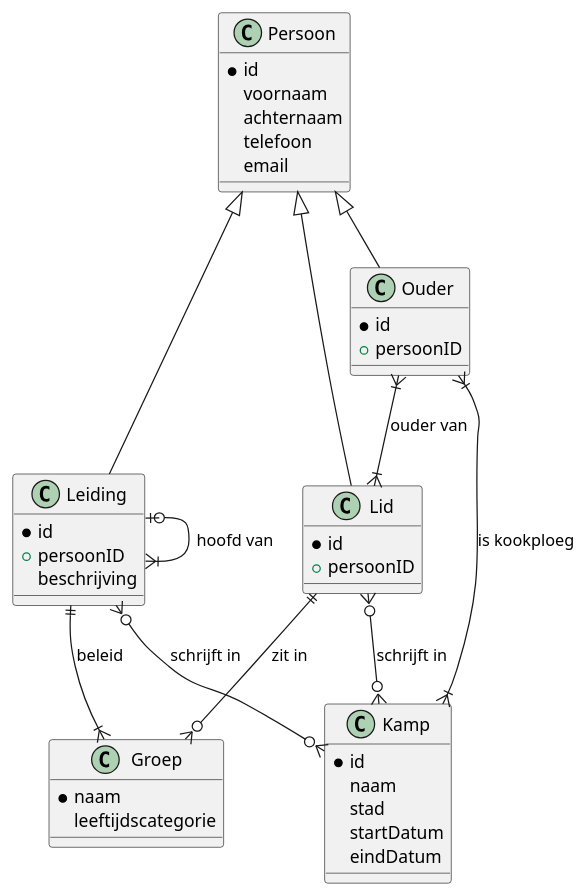
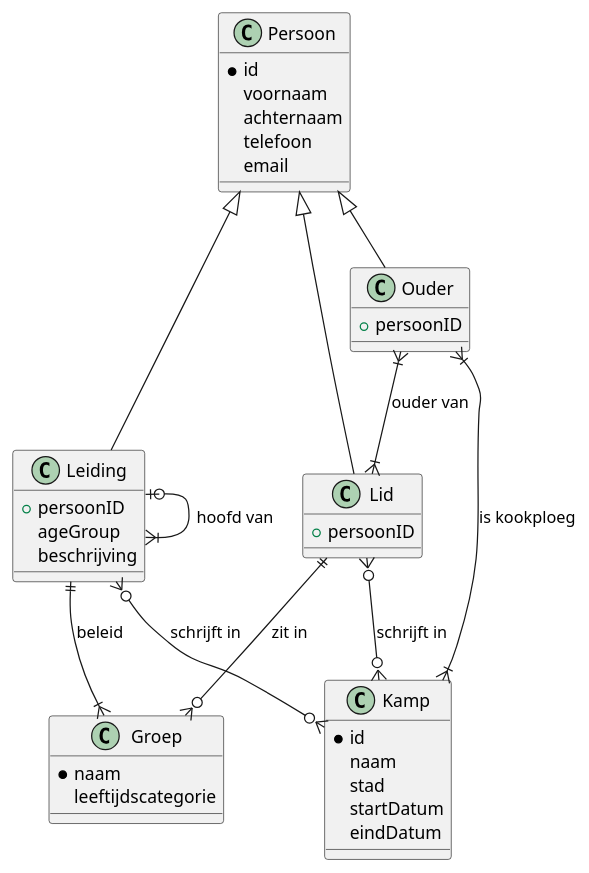
The diagram in erd.md (matteovdr/frontendweb-2526-mateo-kobe), drawn with PlantUML before and after one commit. The commit also changed 3 other files, not shown here.

````diff
--- a/erd.md
+++ b/erd.md
@@ -9,60 +9,58 @@
 ```plantuml
 plantuml
 @startuml
 class Persoon {
     *id
     voornaam
     achternaam
     telefoon
     email
 }
 class Ouder {
-    *id
     +persoonID
 }
 
 class Lid {
-    *id
     +persoonID
 }
 
 class Leiding {
-    *id
     +persoonID
+    ageGroup
     beschrijving
 }
 
 class Groep {
     *naam
     leeftijdscategorie
 }
 
 class Kamp {
     *id
     naam
     stad
     startDatum
     eindDatum
 }
 
 ' Zero or One      |o--
 ' Exactly One     ||--
 ' Zero or Many      }o--
 ' One or Many       }|--
 ' Relaties (class-diagram syntax)
 
 Ouder }|--|{ Lid : ouder van
 Ouder }|--|{ Kamp : is kookploeg
 Lid }o--o{ Kamp : schrijft in
 Lid ||--o{ Groep : zit in
 Leiding }o--o{ Kamp : schrijft in
 Leiding ||--|{ Groep : beleid
 Leiding |o--|{ Leiding : hoofd van
 
 ' Overerving
 Persoon <|-- Lid
 Persoon <|-- Ouder
 Persoon <|-- Leiding
 
 @enduml
 ```
````
